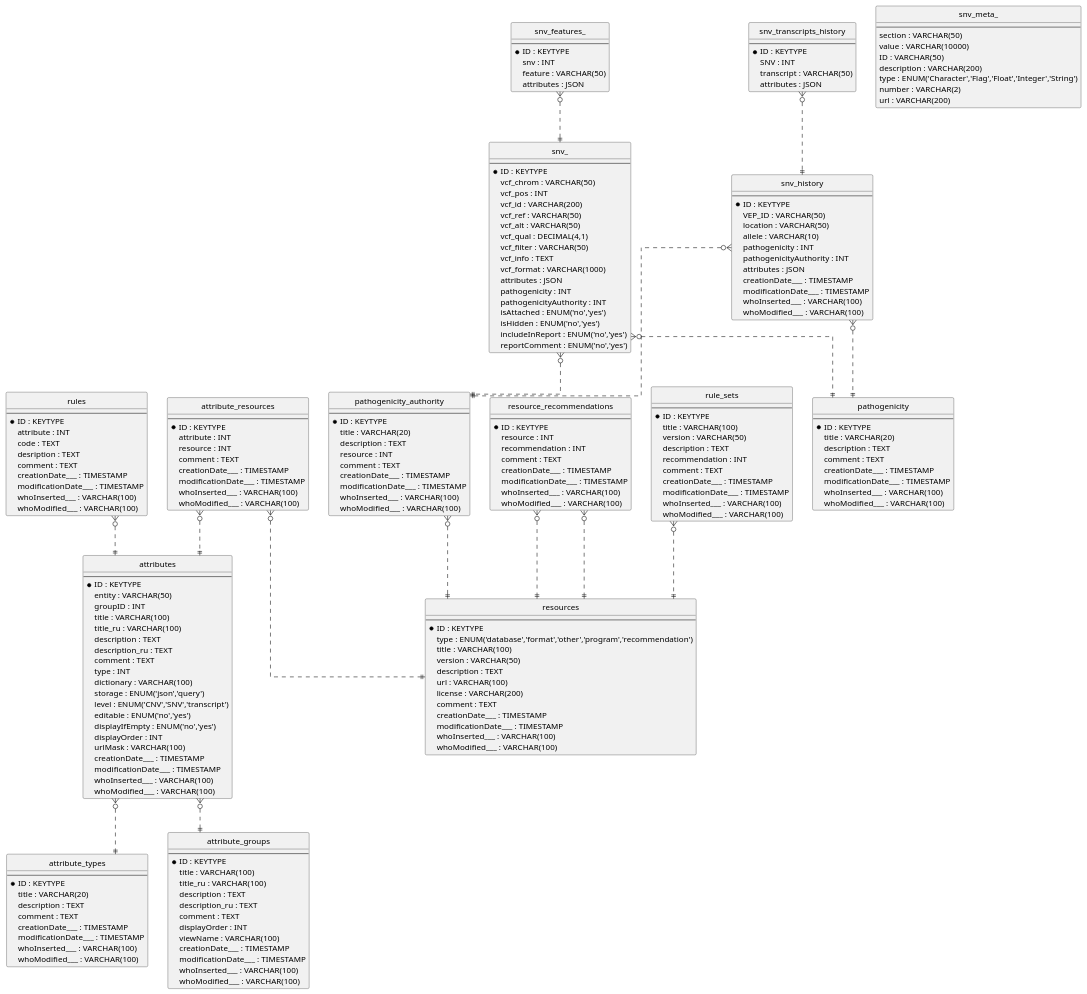
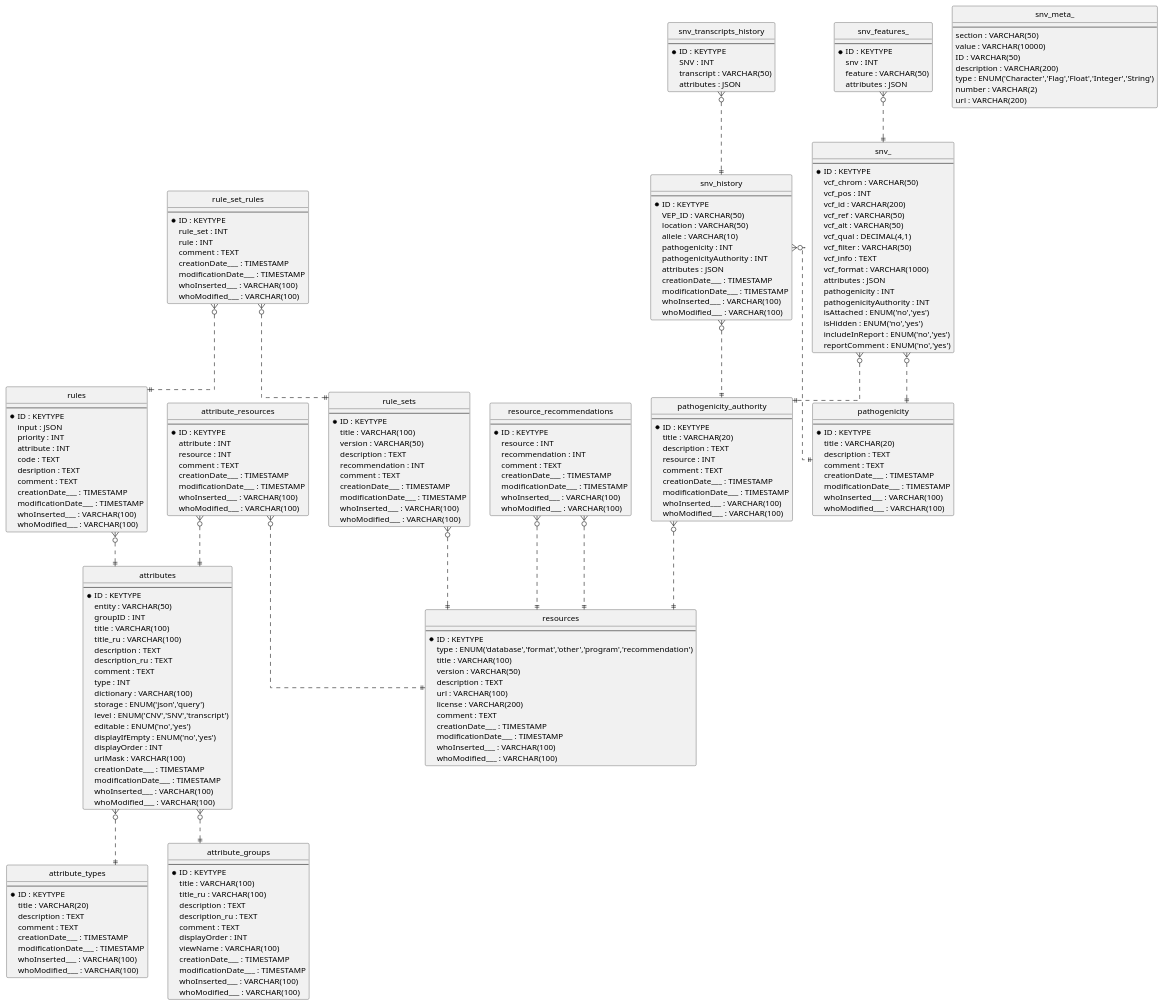
Before and after one commit to genespace-ru/lims-docs: the diagram in source/be5/diagrams/attributes.puml, drawn with PlantUML. The commit also changed 7 other files, not shown here.

```diff
--- a/source/be5/diagrams/attributes.puml
+++ b/source/be5/diagrams/attributes.puml
@@ -118,6 +118,21 @@
      whoModified___ : VARCHAR(100)
     }
 
+   entity "rules" as rules{
+     --
+     *ID : KEYTYPE
+     input : JSON
+     priority : INT
+     attribute : INT
+     code : TEXT
+     desription : TEXT
+     comment : TEXT
+     creationDate___ : TIMESTAMP
+     modificationDate___ : TIMESTAMP
+     whoInserted___ : VARCHAR(100)
+     whoModified___ : VARCHAR(100)
+    }
+
    entity "rule_sets" as rule_sets{
      --
      *ID : KEYTYPE
@@ -132,12 +147,11 @@
      whoModified___ : VARCHAR(100)
     }
 
-   entity "rules" as rules{
+   entity "rule_set_rules" as rule_set_rules{
      --
      *ID : KEYTYPE
-     attribute : INT
-     code : TEXT
-     desription : TEXT
+     rule_set : INT
+     rule : INT
      comment : TEXT
      creationDate___ : TIMESTAMP
      modificationDate___ : TIMESTAMP
@@ -215,6 +229,8 @@
    pathogenicity_authority }o..|| resources
    resource_recommendations }o..|| resources
    resource_recommendations }o..|| resources
+   rule_set_rules }o..|| rule_sets
+   rule_set_rules }o..|| rules
    rule_sets }o..|| resources
    rules }o..|| attributes
    snv_ }o..|| pathogenicity
```
